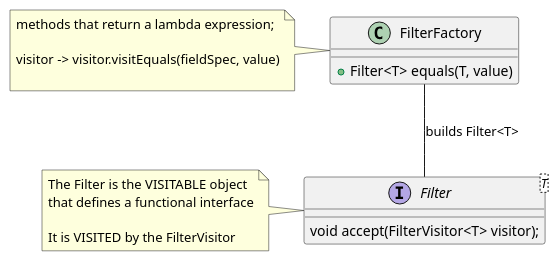
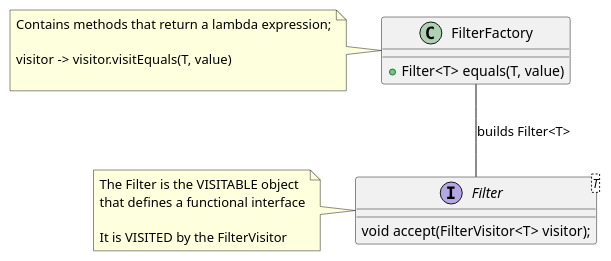
The diagram in src/QueryBuilder/Filter.puml (DavidGerald-Milligan/Diagramming), drawn with PlantUML before and after one commit. The commit also changed 6 other files, not shown here.

```diff
--- a/src/QueryBuilder/Filter.puml
+++ b/src/QueryBuilder/Filter.puml
@@ -1,24 +1,24 @@
 @startuml
 
 interface Filter<T> {
     void accept(FilterVisitor<T> visitor);
 }
 note left of Filter
     The Filter is the VISITABLE object 
     that defines a functional interface
     
     It is VISITED by the FilterVisitor
 end note
 
 class FilterFactory {
     + Filter<T> equals(T, value)
 }
 note left of FilterFactory
-    methods that return a lambda expression;
+    Contains methods that return a lambda expression;
         
-    visitor -> visitor.visitEquals(fieldSpec, value)
+    visitor -> visitor.visitEquals(T, value)
     
 end note
 FilterFactory -- Filter : builds Filter<T>
 
 @enduml
```
